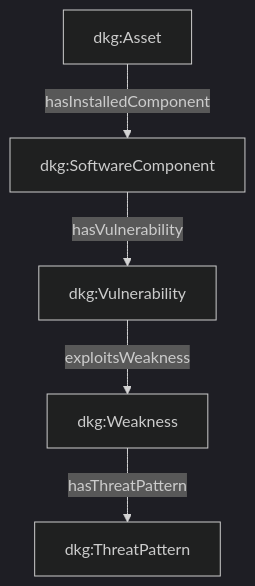
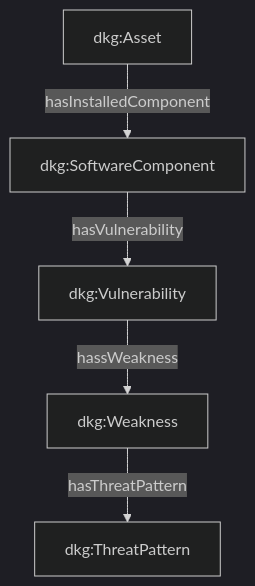
One commit to AlbanLher/Dkg-cybersec changed the diagram in 01-Principes_Spécifications/USECASE_TECHNIQUE/SPC-TEC-P2-ABOX_01__Instanciation_ABox_Cyber.md. Above: the diagram before and after it, drawn with Mermaid (dark theme). The commit also changed other lines of this file and 63 other files, not shown here.

````diff
--- a/01-Principes_Spécifications/USECASE_TECHNIQUE/SPC-TEC-P2-ABOX_01__Instanciation_ABox_Cyber.md
+++ b/01-Principes_Spécifications/USECASE_TECHNIQUE/SPC-TEC-P2-ABOX_01__Instanciation_ABox_Cyber.md
@@ -68,7 +68,7 @@
 ```mermaid
 graph TD
     Asset[dkg:Asset] -->|hasInstalledComponent| Comp[dkg:SoftwareComponent]
     Comp -->|hasVulnerability| CVE[dkg:Vulnerability]
-    CVE -->|exploitsWeakness| CWE[dkg:Weakness]
+    CVE -->|hassWeakness| CWE[dkg:Weakness]
     CWE -->|hasThreatPattern| CAPEC[dkg:ThreatPattern]
 ```
````
